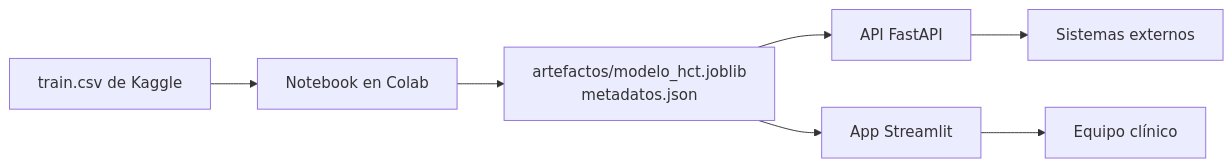
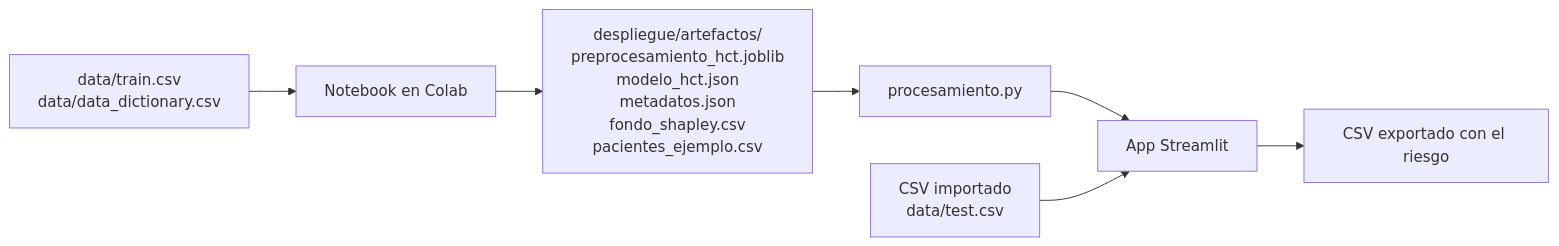
One commit to ng0-k1/proyecto_hct_especializacion changed the diagram in README.md. Above: the diagram before and after it, drawn with Mermaid. The commit also changed other lines of this file and 1 other file, not shown here.

````diff
--- a/README.md
+++ b/README.md
@@ -28,9 +47,9 @@
 ```mermaid
 flowchart LR
-    A[train.csv de Kaggle] --> B[Notebook en Colab]
-    B --> C[artefactos/modelo_hct.joblib<br>metadatos.json]
-    C --> D[API FastAPI]
-    C --> E[App Streamlit]
-    D --> F[Sistemas externos]
-    E --> G[Equipo clínico]
+    A[data/train.csv<br>data/data_dictionary.csv] --> B[Notebook en Colab]
+    B --> C[despliegue/artefactos/<br>preprocesamiento_hct.joblib<br>modelo_hct.json<br>metadatos.json<br>fondo_shapley.csv<br>pacientes_ejemplo.csv]
+    C --> D[procesamiento.py]
+    D --> E[App Streamlit]
+    F[CSV importado<br>data/test.csv] --> E
+    E --> G[CSV exportado con el riesgo]
 ```
````
